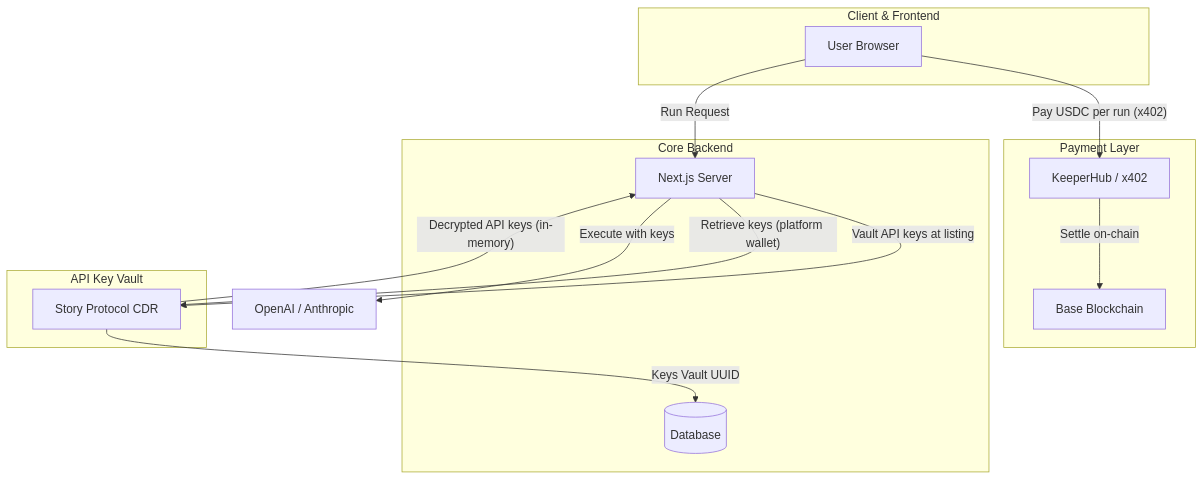
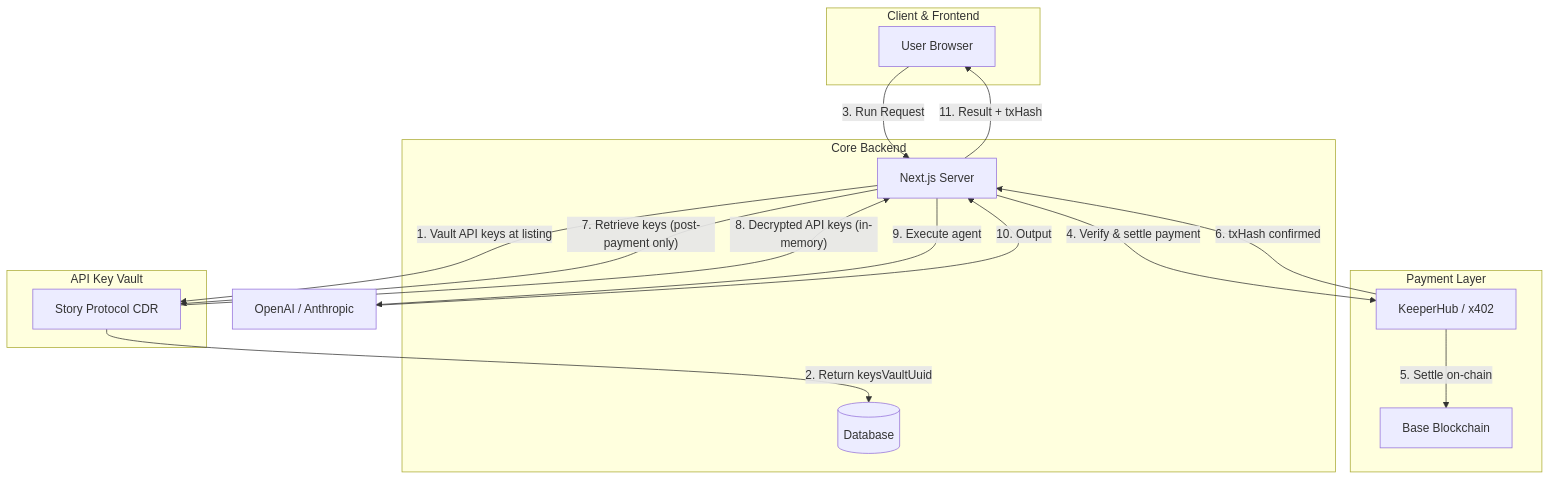
The first of 3 diagrams in README.md (Ultraviolet01/AgentBZ), drawn with Mermaid before and after one commit.

Commit message:
docs: fix system architecture diagram — KeeperHub is a payment gate before CDR/LLM

````diff
--- a/README.md
+++ b/README.md
@@ -7,34 +7,37 @@
 ```mermaid
 graph TD
-    subgraph Client & Frontend
+    subgraph Client["Client & Frontend"]
         User[User Browser]
     end
 
-    subgraph Core Backend
+    subgraph Backend["Core Backend"]
         NextJS[Next.js Server]
         DB[(Database)]
     end
 
-    subgraph Payment Layer
+    subgraph PaymentLayer["Payment Layer"]
         KH[KeeperHub / x402]
         Base[Base Blockchain]
     end
 
-    subgraph API Key Vault
+    subgraph Vault["API Key Vault"]
         CDR[Story Protocol CDR]
     end
 
-    %% Payment flow
-    User -- "Pay USDC per run (x402)" --> KH
-    KH -- "Settle on-chain" --> Base
+    LLM[OpenAI / Anthropic]
 
-    %% CDR at deploy time — vault keys
-    NextJS -- "Vault API keys at listing" --> CDR
-    CDR -- "Keys Vault UUID" --> DB
+    %% Deploy flow — vault keys at listing time
+    NextJS -- "1. Vault API keys at listing" --> CDR
+    CDR -- "2. Return keysVaultUuid" --> DB
 
-    %% Run flow — server retrieves keys from CDR after payment
-    User -- "Run Request" --> NextJS
-    NextJS -- "Retrieve keys (platform wallet)" --> CDR
-    CDR -- "Decrypted API keys (in-memory)" --> NextJS
-    NextJS -- "Execute with keys" --> LLM[OpenAI / Anthropic]
+    %% Run flow — payment MUST be confirmed before anything else
+    User -- "3. Run Request" --> NextJS
+    NextJS -- "4. Verify & settle payment" --> KH
+    KH -- "5. Settle on-chain" --> Base
+    KH -- "6. txHash confirmed" --> NextJS
+    NextJS -- "7. Retrieve keys (post-payment only)" --> CDR
+    CDR -- "8. Decrypted API keys (in-memory)" --> NextJS
+    NextJS -- "9. Execute agent" --> LLM
+    LLM -- "10. Output" --> NextJS
+    NextJS -- "11. Result + txHash" --> User
 ```
````
